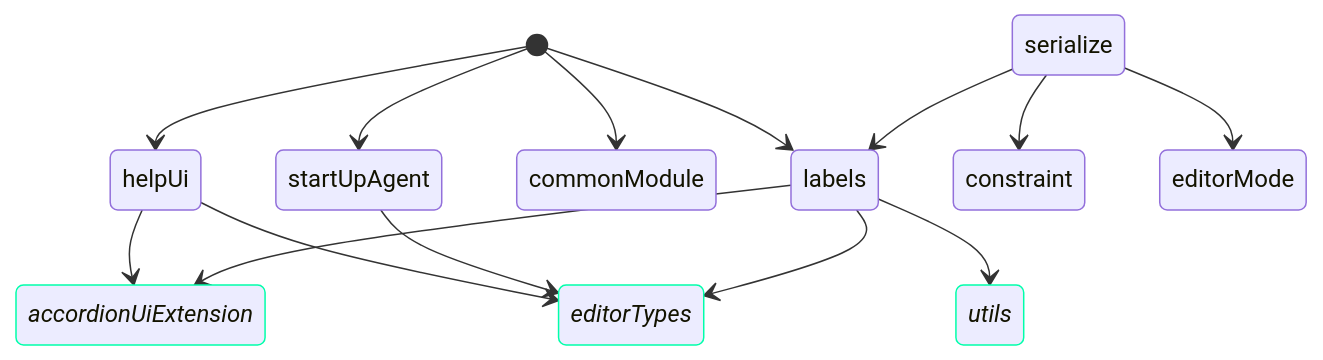
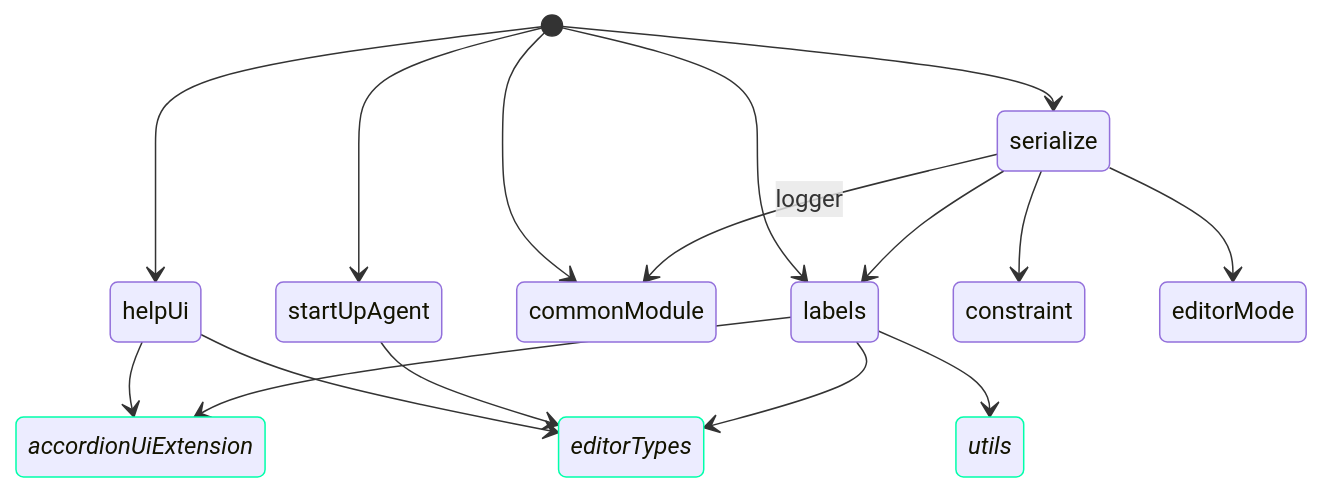
The diagram in frontend/webEditor/dependencyGraph.md (DataFlowAnalysis/OnlineEditor), drawn with Mermaid before and after one commit. The commit also changed 9 other files, not shown here.

Commit message:
Diagram loading from json

````diff
--- a/frontend/webEditor/dependencyGraph.md
+++ b/frontend/webEditor/dependencyGraph.md
@@ -1,20 +1,23 @@
 ```mermaid
 stateDiagram-v2
     [*] --> helpUi
     [*] --> startUpAgent
     helpUi --> accordionUiExtension
     helpUi --> editorTypes
     startUpAgent --> editorTypes
     [*] --> commonModule
     [*] --> labels
     labels --> utils
     labels --> editorTypes
     labels --> accordionUiExtension
 
     serialize --> labels
     serialize --> constraint
     serialize --> editorMode
+    [*] --> serialize
+
+    serialize --> commonModule: logger
 
     classDef diLess font-style:italic,stroke:#0fa
     class accordionUiExtension,editorTypes,utils diLess
 ```
````
